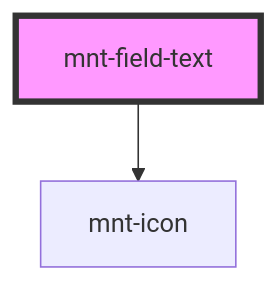
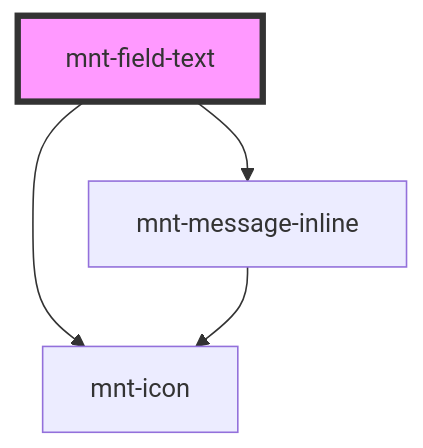
The diagram in src/components/field-text/readme.md (yooga-tecnologia/mantra), drawn with Mermaid before and after one commit. The commit also changed other lines of this file and 9 other files, not shown here.

````diff
--- a/src/components/field-text/readme.md
+++ b/src/components/field-text/readme.md
@@ -42,5 +43,7 @@
 ```mermaid
 graph TD;
   mnt-field-text --> mnt-icon
+  mnt-field-text --> mnt-message-inline
+  mnt-message-inline --> mnt-icon
   style mnt-field-text fill:#f9f,stroke:#333,stroke-width:4px
 ```
````
